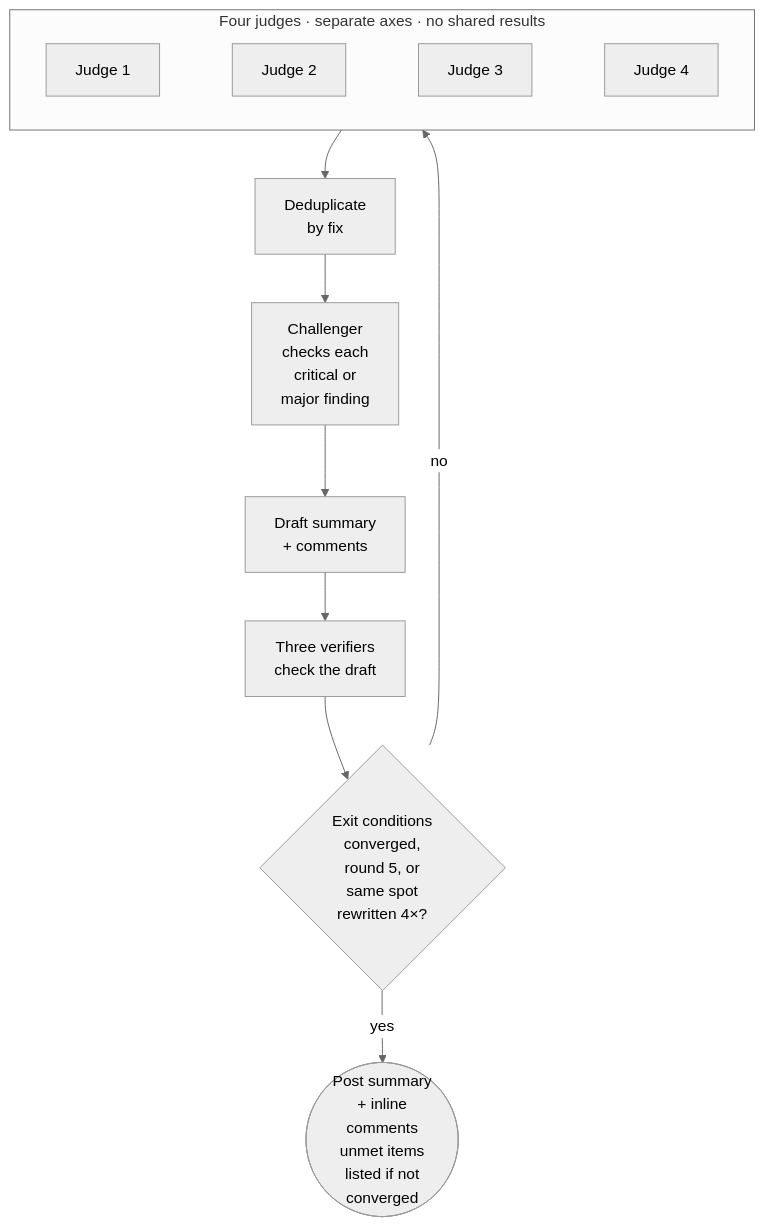
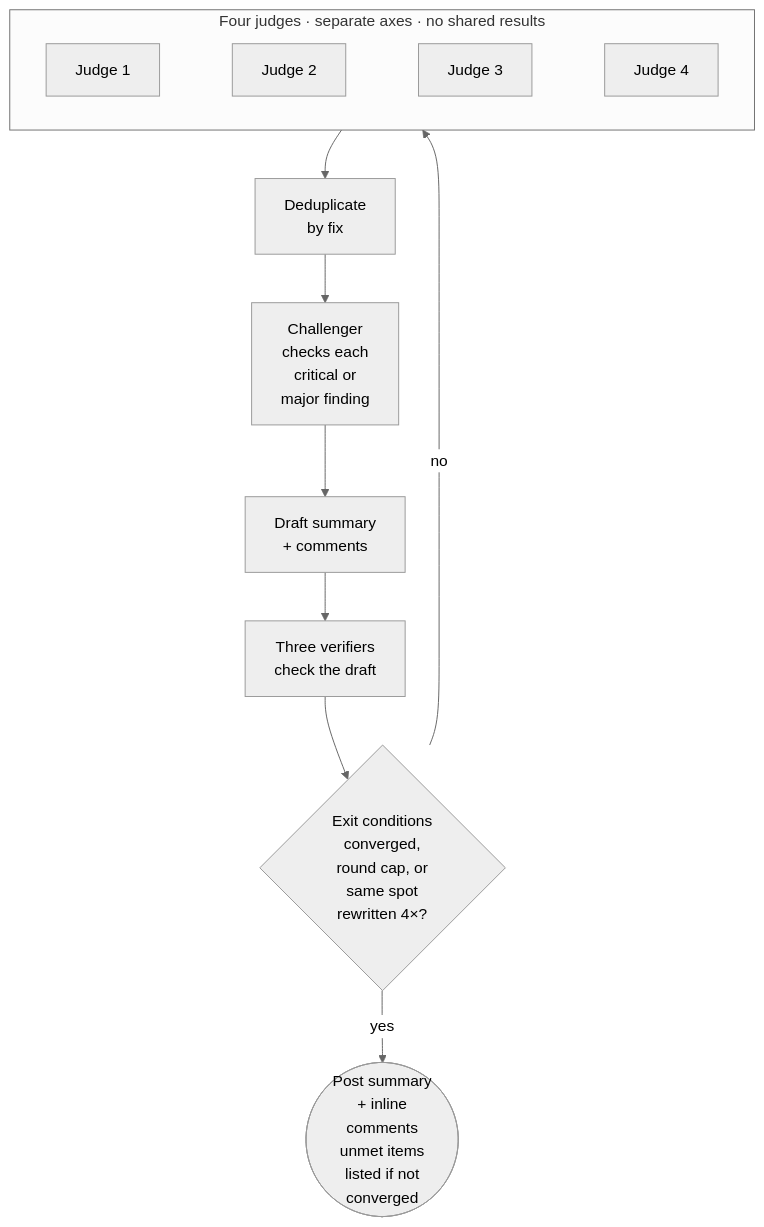
Before and after one commit to thswlsqls/pr-quorum: the first of 5 diagrams in README.md, drawn with Mermaid (neutral theme). The commit also changed other lines of this file, not shown here.

````diff
--- a/README.md
+++ b/README.md
@@ -80,14 +28,14 @@
 ```mermaid
 flowchart TD
   subgraph J["Four judges · separate axes · no shared results"]
     direction LR
     J1[Judge 1] ~~~ J2[Judge 2] ~~~ J3[Judge 3] ~~~ J4[Judge 4]
   end
   J --> D["Deduplicate<br/>by fix"]
   D --> C["Challenger<br/>checks each<br/>critical or<br/>major finding"]
   C --> DR["Draft summary<br/>+ comments"]
   DR --> V["Three verifiers<br/>check the draft"]
-  V --> X{"Exit conditions<br/>converged,<br/>round 5, or<br/>same spot<br/>rewritten 4×?"}
+  V --> X{"Exit conditions<br/>converged,<br/>round cap, or<br/>same spot<br/>rewritten 4×?"}
   X -- no --> J
   X -- yes --> P(["Post summary<br/>+ inline<br/>comments<br/>unmet items<br/>listed if not<br/>converged"])
 ```
````
